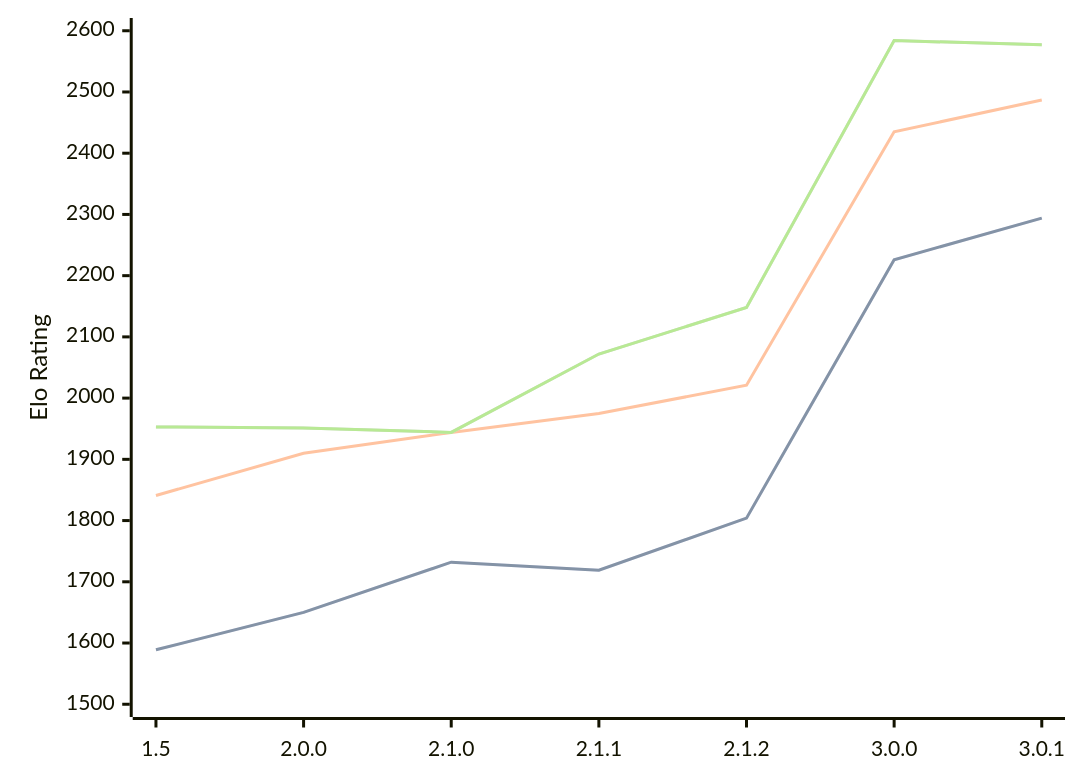
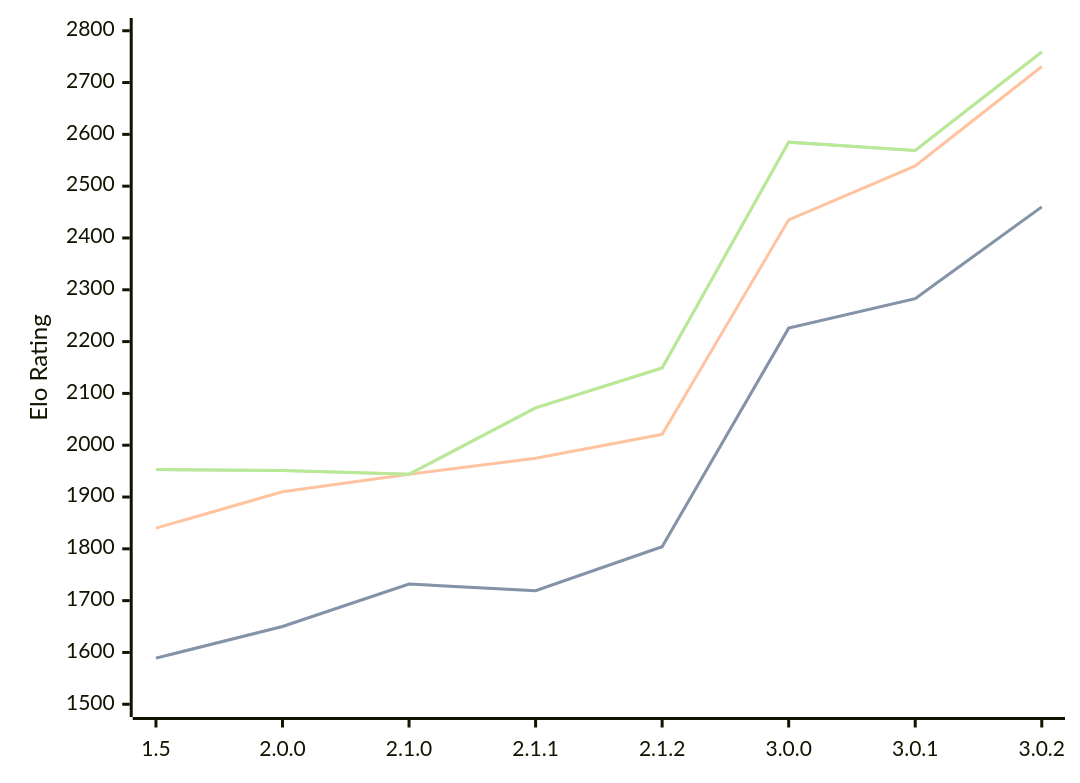
The first of 3 diagrams in engines/Rudim.md (computer-chess-index/cci), drawn with Mermaid before and after one commit. The commit also changed other lines of this file, not shown here.

Commit message:
Update CCI Ratings (ELO VLTC) - 2026-06-16

````diff
--- a/engines/Rudim.md
+++ b/engines/Rudim.md
@@ -46,11 +47,11 @@
 ```mermaid
 %%{init: {"theme":"base","themeVariables":{"seriesColors:['#a3a3a3','#222221','#faa371']}}}%%
 xychart-beta
-  x-axis ["1.5", "2.0.0", "2.1.0", "2.1.1", "2.1.2", "3.0.0", "3.0.1"]
-  y-axis "Elo Rating" 1500 --> 2600
-  line "STC (8.0+0.08s)" [1589, 1650, 1732, 1719, 1804, 2226, 2294]
-  line "STC (8.0+0.08s)" [1589, 1650, 1732, 1719, 1804, 2226, 2294]
-  line "LTC (60.0+0.60s)" [1841, 1910, 1944, 1975, 2021, 2435, 2487]
-  line "VLTC (2m24s+1.12s)" [1953, 1951, 1944, 2072, 2148, 2584, 2577]
-  line "VLTC (2m24s+1.12s)" [1953, 1951, 1944, 2072, 2148, 2584, 2577]
+  x-axis ["1.5", "2.0.0", "2.1.0", "2.1.1", "2.1.2", "3.0.0", "3.0.1", "3.0.2"]
+  y-axis "Elo Rating" 1500 --> 2800
+  line "STC (8.0+0.08s)" [1589, 1650, 1732, 1719, 1804, 2226, 2283, 2460]
+  line "STC (8.0+0.08s)" [1589, 1650, 1732, 1719, 1804, 2226, 2283, 2460]
+  line "LTC (60.0+0.60s)" [1840, 1910, 1944, 1975, 2021, 2435, 2539, 2731]
+  line "VLTC (2m24s+1.12s)" [1953, 1951, 1944, 2072, 2149, 2585, 2569, 2759]
+  line "VLTC (2m24s+1.12s)" [1953, 1951, 1944, 2072, 2149, 2585, 2569, 2759]
 ```
````
